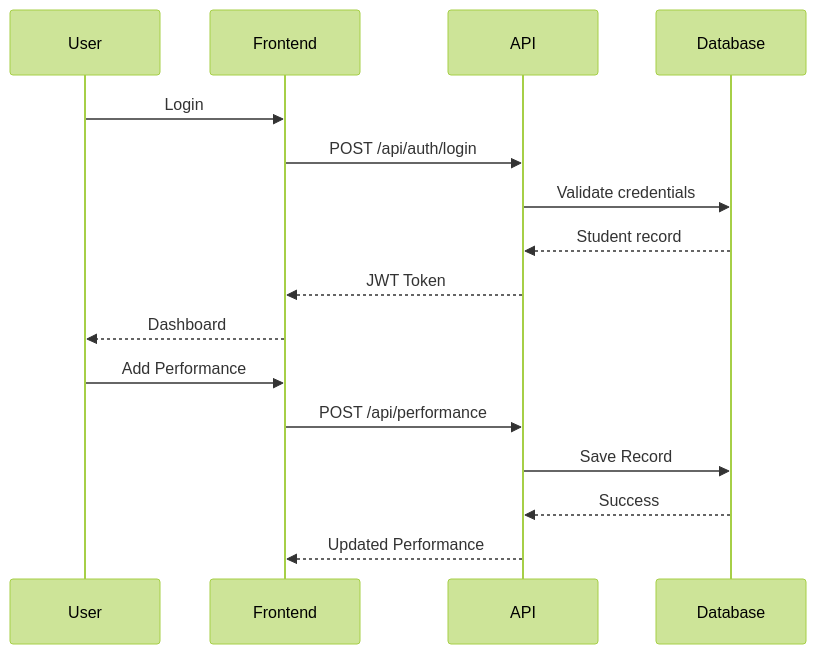
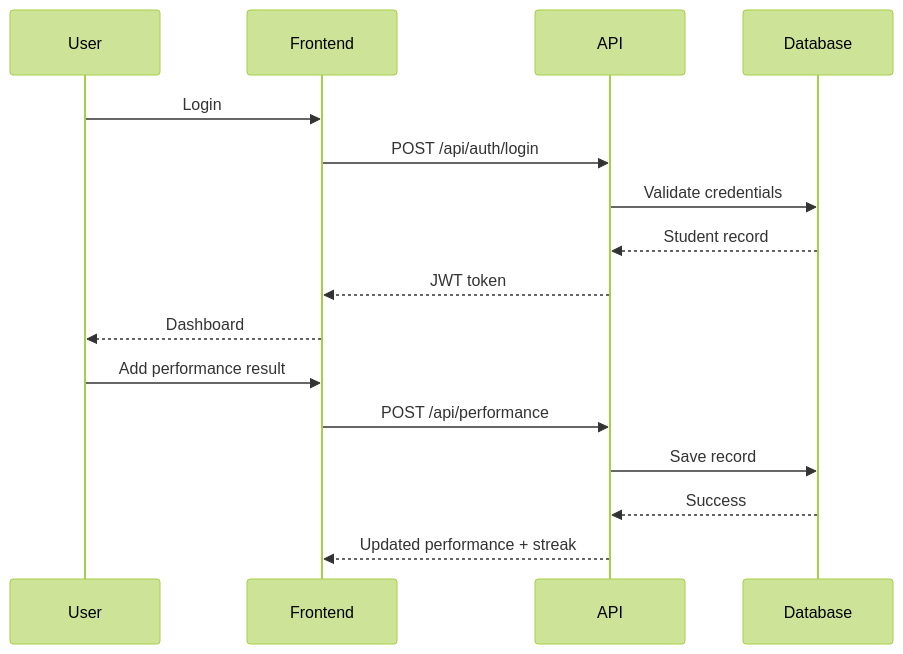
The second of 4 diagrams in README.md (ashleythabang47-cloud/Acadance-), drawn with Mermaid (forest theme) before and after one commit. The commit also changed other lines of this file, not shown here.

````diff
--- a/README.md
+++ b/README.md
@@ -189,30 +208,20 @@
 ```mermaid
 sequenceDiagram
-
     participant User
     participant Frontend
     participant API
     participant Database
 
     User->>Frontend: Login
-
     Frontend->>API: POST /api/auth/login
-
     API->>Database: Validate credentials
-
     Database-->>API: Student record
-
-    API-->>Frontend: JWT Token
-
+    API-->>Frontend: JWT token
     Frontend-->>User: Dashboard
 
-    User->>Frontend: Add Performance
-
+    User->>Frontend: Add performance result
     Frontend->>API: POST /api/performance
-
-    API->>Database: Save Record
-
+    API->>Database: Save record
     Database-->>API: Success
-
-    API-->>Frontend: Updated Performance
+    API-->>Frontend: Updated performance + streak
 ```
````
